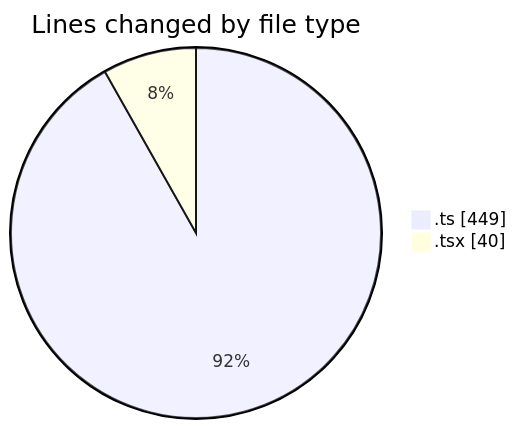
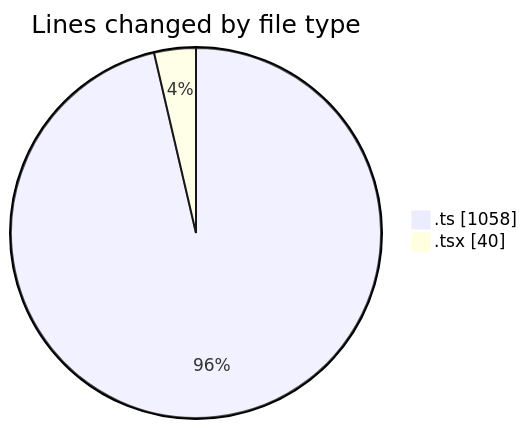
The first of 2 diagrams in 2025-06-06/ecodeli-1/README.md (CELIANVF/code-tracking), drawn with Mermaid before and after one commit. The commit also changed other lines of this file and 1 other file, not shown here.

````diff
--- a/2025-06-06/ecodeli-1/README.md
+++ b/2025-06-06/ecodeli-1/README.md
@@ -22,6 +26,6 @@
 ```mermaid
 pie showData
 title Lines changed by file type
-".ts" : 449
+".ts" : 1058
 ".tsx" : 40
 ```
````
